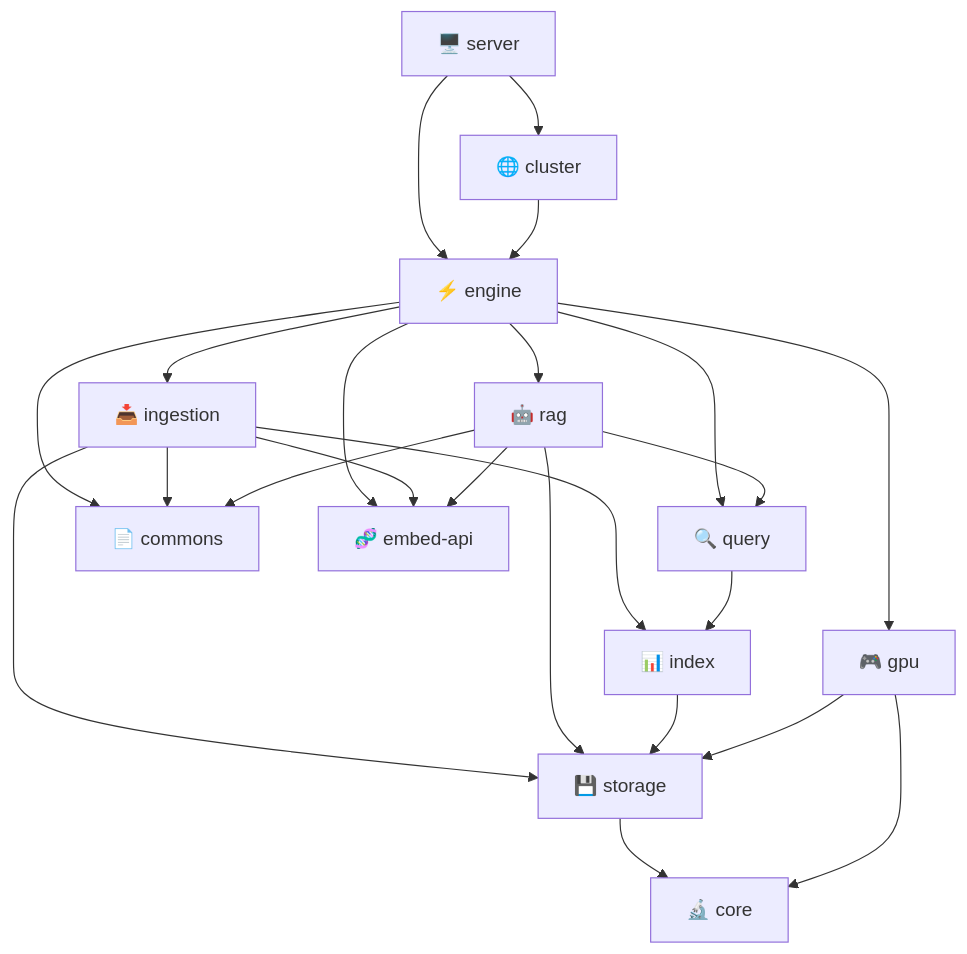
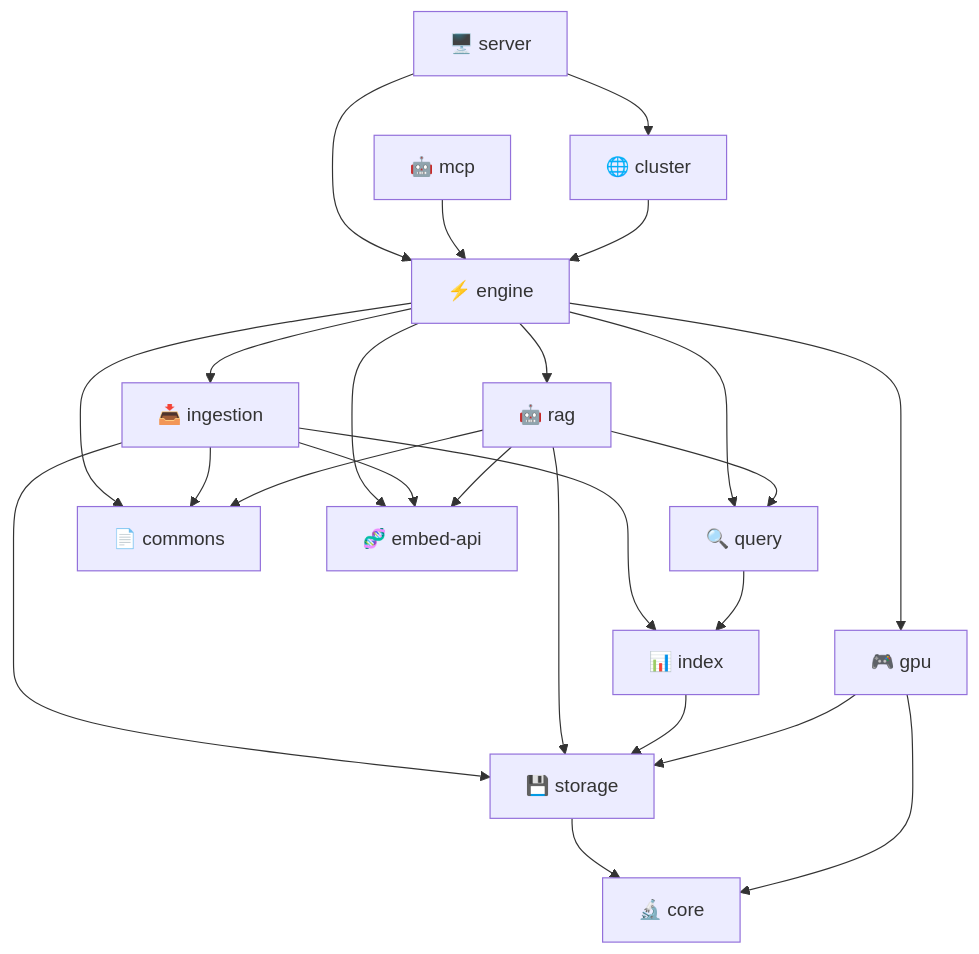
Before and after one commit to spectrayan/spector-search: the second of 7 diagrams in docs/docs/architecture/overview.md, drawn with Mermaid. The commit also changed other lines of this file and 4 other files, not shown here.

````diff
--- a/docs/docs/architecture/overview.md
+++ b/docs/docs/architecture/overview.md
@@ -60,30 +61,31 @@
 ```mermaid
 graph TD
     server["🖥️ server"] --> cluster["🌐 cluster"]
     server --> engine["⚡ engine"]
+    mcp["🤖 mcp"] --> engine
 
     cluster --> engine
     engine --> query["🔍 query"]
     engine --> ingestion["📥 ingestion"]
     engine --> rag["🤖 rag"]
     engine --> commons["📄 commons"]
     engine --> embedapi["🧬 embed-api"]
     engine --> gpu["🎮 gpu"]
 
     ingestion --> commons
     ingestion --> embedapi
     ingestion --> storage
     ingestion --> index
 
     rag --> query
     rag --> embedapi
     rag --> storage
     rag --> commons
 
     query --> index["📊 index"]
     index --> storage["💾 storage"]
     storage --> core["🔬 core"]
 
     gpu --> core
     gpu --> storage
 ```
````
